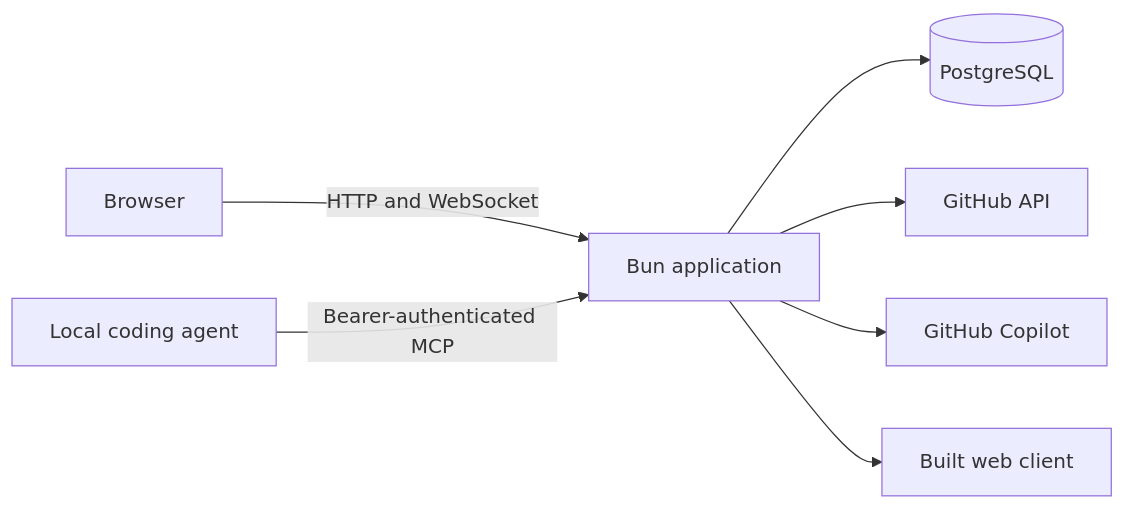
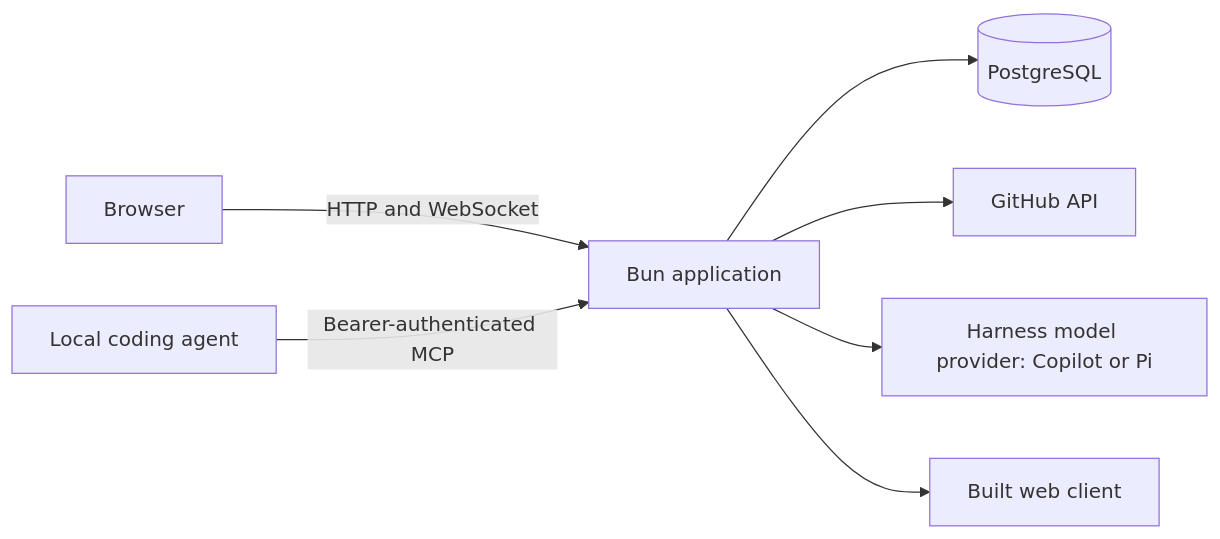
One commit to githubnext/chopin changed the first of 3 diagrams in docs/architecture.md. Above: the diagram before and after it, drawn with Mermaid. The commit also changed other lines of this file and 2 other files, not shown here.

````diff
--- a/docs/architecture.md
+++ b/docs/architecture.md
@@ -50,9 +50,9 @@
 ```mermaid
 flowchart LR
 	B[Browser] -->|HTTP and WebSocket| S[Bun application]
 	C[Local coding agent] -->|Bearer-authenticated MCP| S
 	S --> P[(PostgreSQL)]
 	S --> G[GitHub API]
-	S --> A[GitHub Copilot]
+	S --> A[Harness model provider: Copilot or Pi]
 	S --> W[Built web client]
 ```
````
